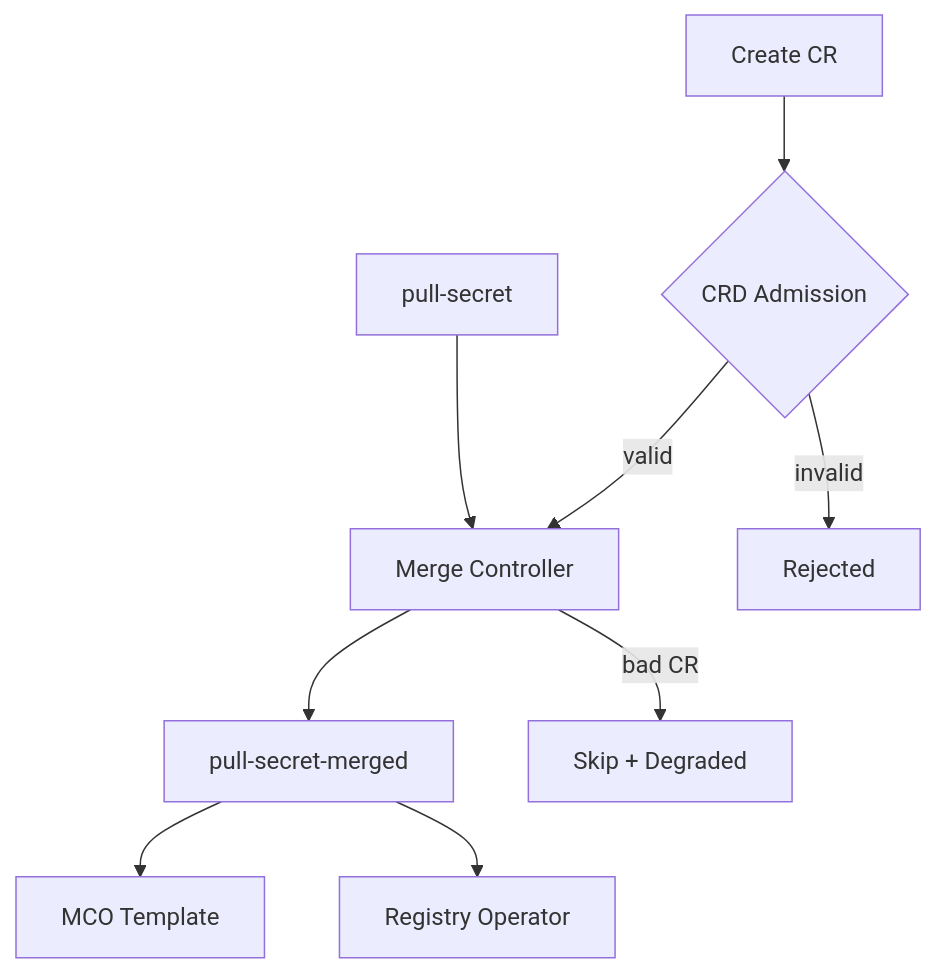
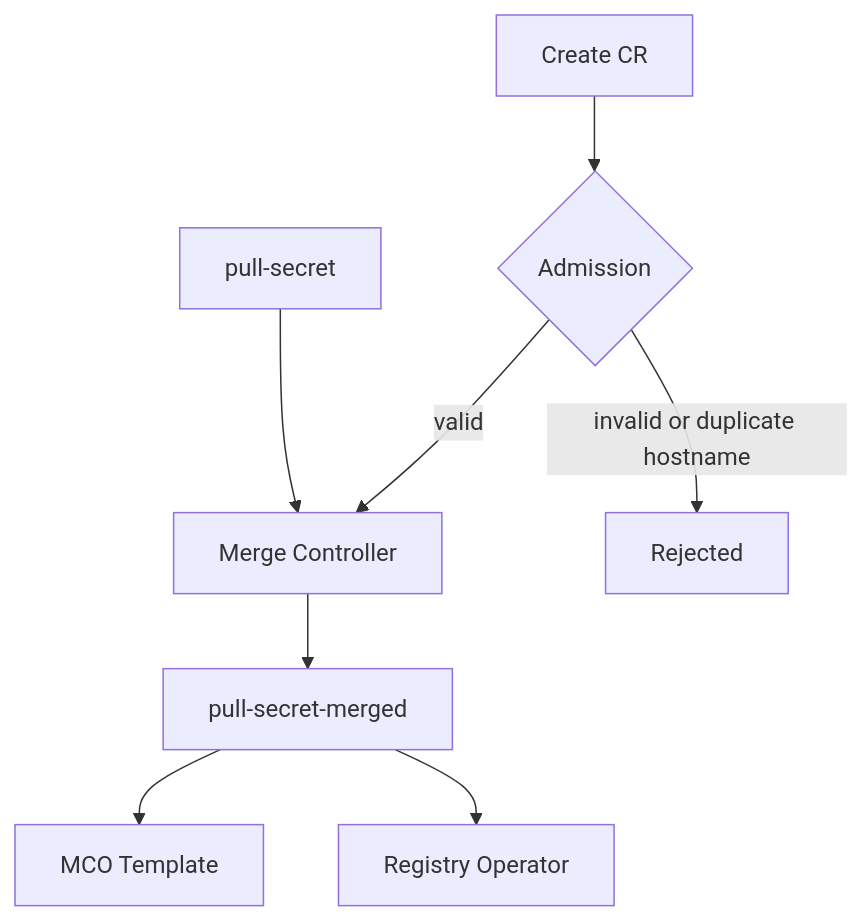
One commit to openshift/enhancements changed the diagram in enhancements/node-pull-credentials/multi-secret-global-pull-configuration.md. Above: the diagram before and after it, drawn with Mermaid. The commit also changed other lines of this file, not shown here.

Commit message:
EP: reject duplicate GlobalPullCredential hostnames at admission Enforce one hostname per CR in the kube-apiserver validating admission plugin. Keep Applied for baseline overlap and remove the Degraded status.

````diff
--- a/enhancements/node-pull-credentials/multi-secret-global-pull-configuration.md
+++ b/enhancements/node-pull-credentials/multi-secret-global-pull-configuration.md
@@ -69,11 +69,10 @@
 ```mermaid
 flowchart TD
-    A[Create CR] --> V{CRD Admission}
+    A[Create CR] --> V{Admission}
     V -->|valid| C[Merge Controller]
-    V -->|invalid| R[Rejected]
+    V -->|invalid or duplicate hostname| R[Rejected]
     PS[pull-secret] --> C
     C --> PM[pull-secret-merged]
-    C -->|bad CR| D[Skip + Degraded]
     PM --> MCO[MCO Template]
     PM --> IR[Registry Operator]
 ```
````
